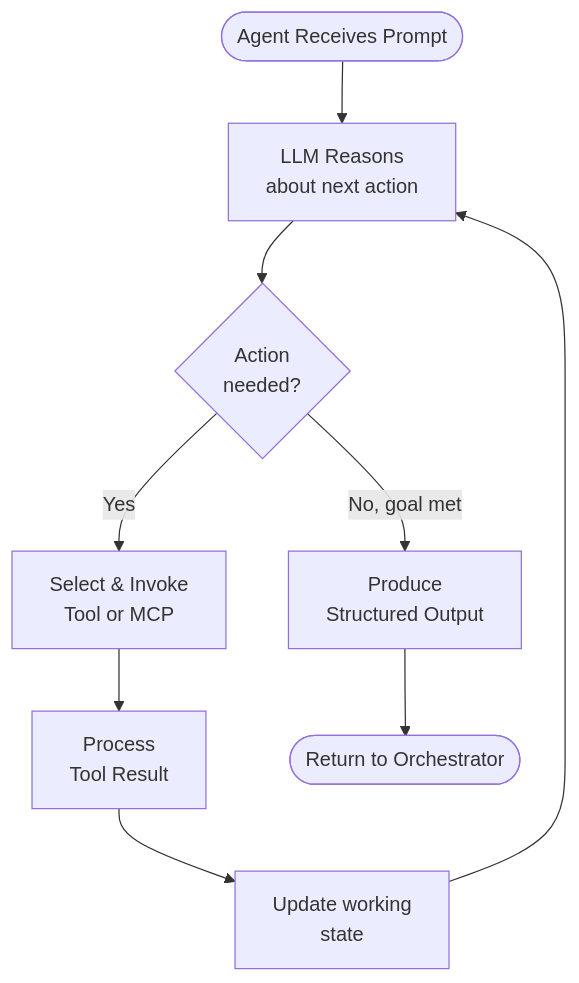
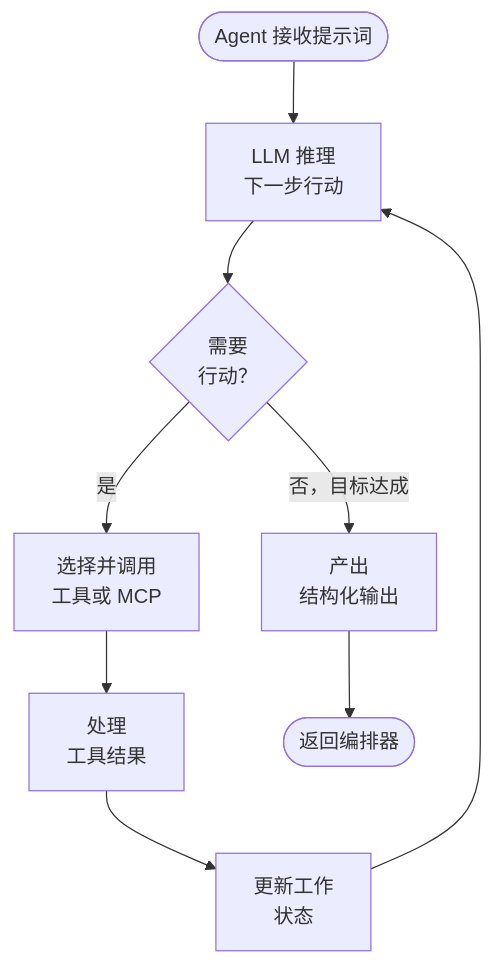
The third of 8 diagrams in docs/architecture.md (hanchaoqun/codrax), drawn with Mermaid before and after one commit. The commit also changed other lines of this file and 1 other file, not shown here.

Commit message:
Translate README.md and architecture.md to Chinese

````diff
--- a/docs/architecture.md
+++ b/docs/architecture.md
@@ -251,11 +251,11 @@
 ```mermaid
 graph TD
-    Start([Agent Receives Prompt]) --> Think[LLM Reasons<br/>about next action]
-    Think --> Decide{Action<br/>needed?}
-    Decide -->|Yes| Act[Select & Invoke<br/>Tool or MCP]
-    Act --> Observe[Process<br/>Tool Result]
-    Observe --> Update[Update working<br/>state]
+    Start([Agent 接收提示词]) --> Think[LLM 推理<br/>下一步行动]
+    Think --> Decide{需要<br/>行动？}
+    Decide -->|是| Act[选择并调用<br/>工具或 MCP]
+    Act --> Observe[处理<br/>工具结果]
+    Observe --> Update[更新工作<br/>状态]
     Update --> Think
-    Decide -->|No, goal met| Output[Produce<br/>Structured Output]
-    Output --> Done([Return to Orchestrator])
+    Decide -->|否，目标达成| Output[产出<br/>结构化输出]
+    Output --> Done([返回编排器])
 ```
````
